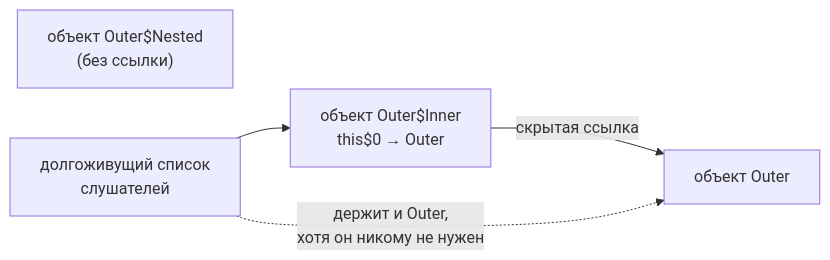
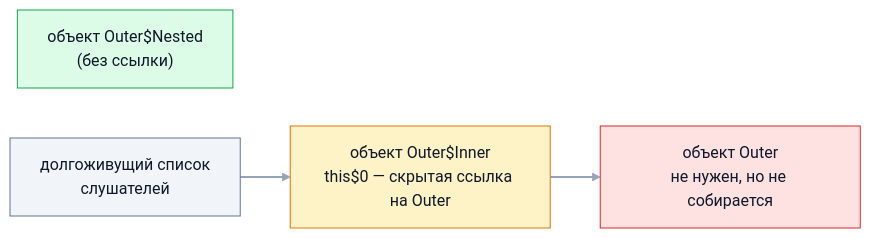
Before and after one commit to bogdan111305/java-senior-roadmap: the diagram in kb/03-oop/08-nested-classes.md, drawn with Mermaid. The commit also changed 31 other files, not shown here.

````diff
--- a/kb/03-oop/08-nested-classes.md
+++ b/kb/03-oop/08-nested-classes.md
@@ -207,8 +207,17 @@
 ```mermaid
 flowchart LR
-    O["объект Outer"]
-    I["объект Outer$Inner<br/>this$0 → Outer"] -- "скрытая ссылка" --> O
+    O["объект Outer<br/>не нужен, но не собирается"]
+    I["объект Outer$Inner<br/>this$0 — скрытая ссылка на Outer"] --> O
     N["объект Outer$Nested<br/>(без ссылки)"]
     L["долгоживущий список<br/>слушателей"] --> I
-    L -. "держит и Outer,<br/>хотя он никому не нужен" .-> O
+    classDef main fill:#dbeafe,stroke:#2563eb,color:#0f172a
+    classDef accent fill:#fef3c7,stroke:#d97706,color:#0f172a
+    classDef good fill:#dcfce7,stroke:#16a34a,color:#0f172a
+    classDef muted fill:#f1f5f9,stroke:#64748b,color:#0f172a
+    classDef bad fill:#fee2e2,stroke:#dc2626,color:#0f172a
+    class O bad
+    class I accent
+    class N good
+    class L muted
+    linkStyle default stroke:#94a3b8,stroke-width:2px
 ```
````
